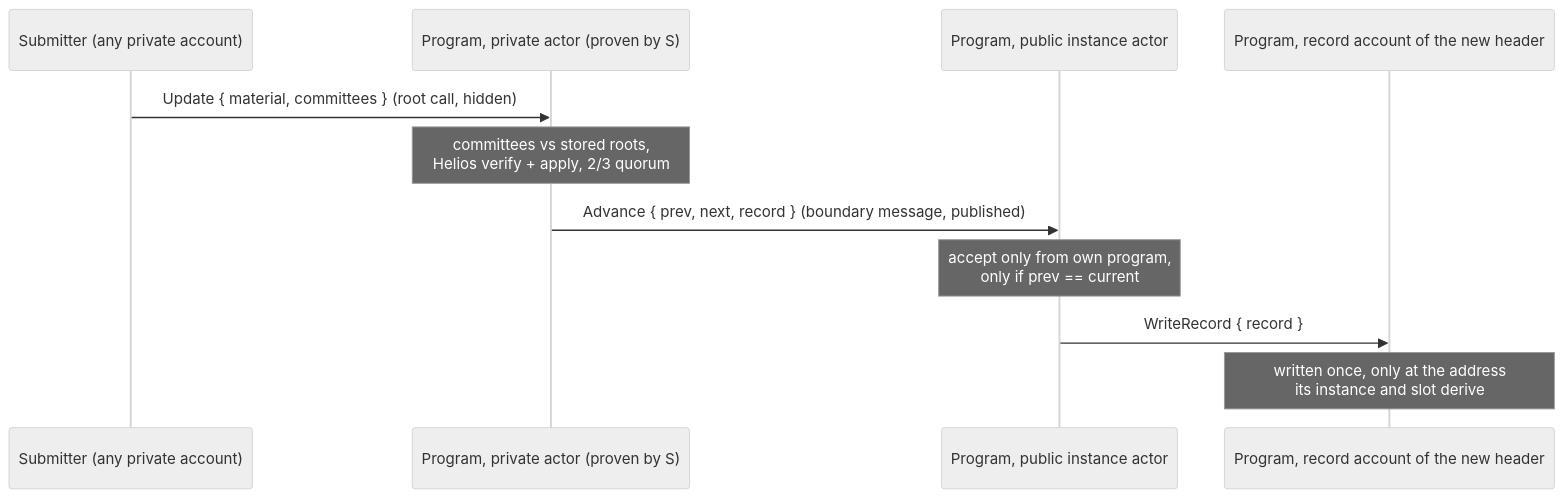
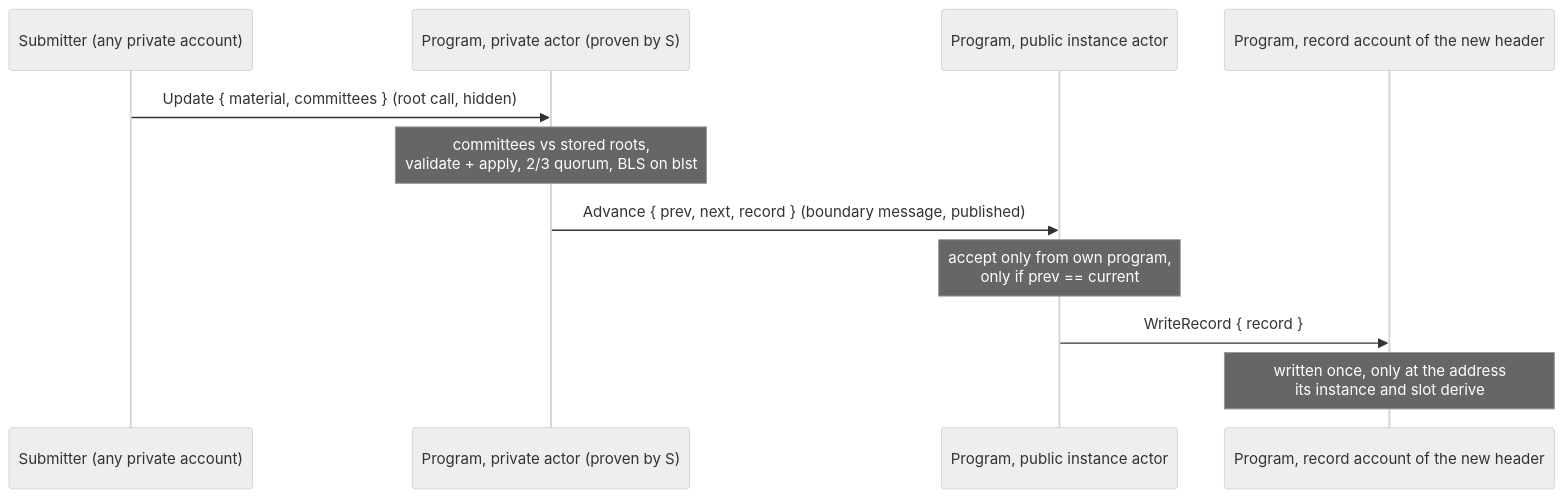
Before and after one commit to vineetpant/lez-rfp021-experiment: the diagram in rfp-021/proposal.md, drawn with Mermaid (neutral theme). The commit also changed other lines of this file and 3 other files, not shown here.

Commit message:
Proposal, README, CLAUDE.md and bench plan for the verifier on blst with Helios as its reference

````diff
--- a/rfp-021/proposal.md
+++ b/rfp-021/proposal.md
@@ -137,13 +141,13 @@
 ```mermaid
 sequenceDiagram
     participant S as Submitter (any private account)
     participant P as Program, private actor (proven by S)
     participant I as Program, public instance actor
     participant R as Program, record account of the new header
     S->>P: Update { material, committees }   (root call, hidden)
-    Note over P: committees vs stored roots,<br/>Helios verify + apply, 2/3 quorum
+    Note over P: committees vs stored roots,<br/>validate + apply, 2/3 quorum, BLS on blst
     P->>I: Advance { prev, next, record }   (boundary message, published)
     Note over I: accept only from own program,<br/>only if prev == current
     I->>R: WriteRecord { record }
     Note over R: written once, only at the address<br/>its instance and slot derive
 ```
````
